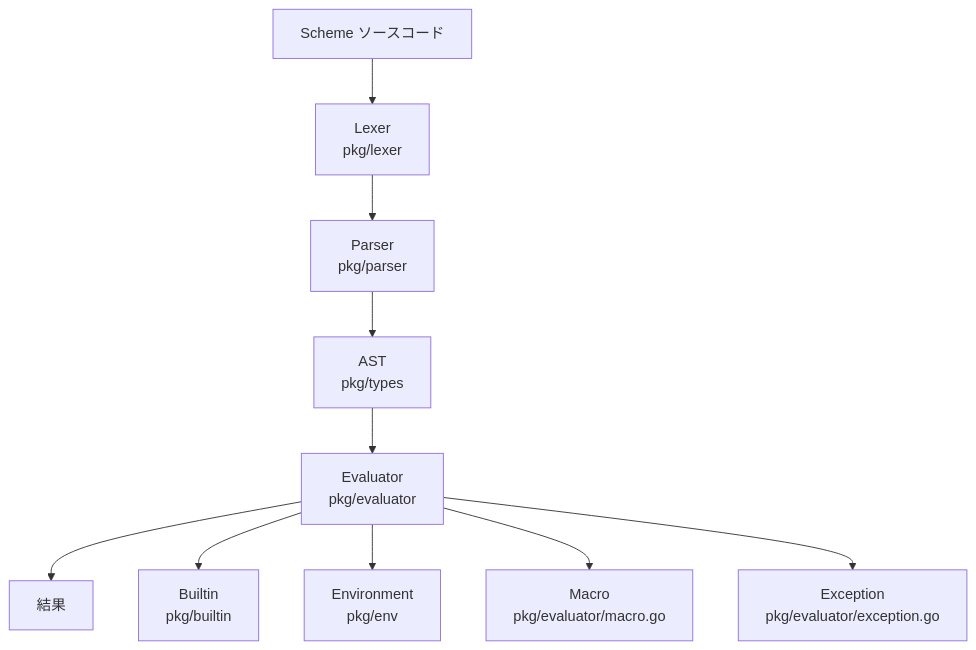
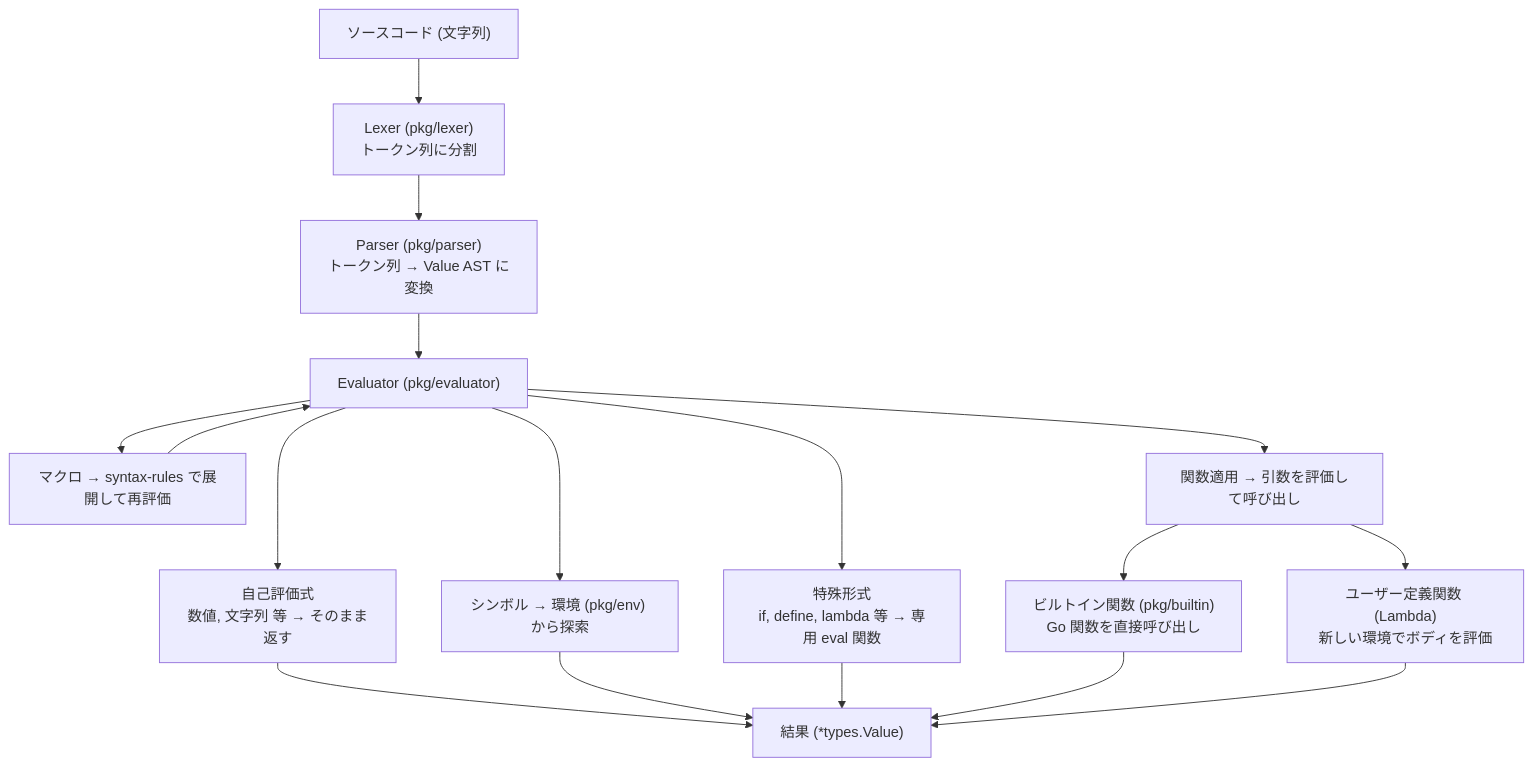
One commit to suchi/sucheme-go changed the second of 2 diagrams in docs/onboarding.md. Above: the diagram before and after it, drawn with Mermaid. The commit also changed other lines of this file and 1 other file, not shown here.

````diff
--- a/docs/onboarding.md
+++ b/docs/onboarding.md
@@ -7,12 +215,19 @@
 ```mermaid
 flowchart TD
-    A[Scheme ソースコード] --> B[Lexer<br/>pkg/lexer]
-    B --> C[Parser<br/>pkg/parser]
-    C --> D[AST<br/>pkg/types]
-    D --> E[Evaluator<br/>pkg/evaluator]
-    E --> F[結果]
-    E --> G[Builtin<br/>pkg/builtin]
-    E --> H[Environment<br/>pkg/env]
-    E --> I[Macro<br/>pkg/evaluator/macro.go]
-    E --> J[Exception<br/>pkg/evaluator/exception.go]
+    Source["ソースコード (文字列)"] --> Lexer["Lexer (pkg/lexer)<br/>トークン列に分割"]
+    Lexer --> Parser["Parser (pkg/parser)<br/>トークン列 → Value AST に変換"]
+    Parser --> Eval["Evaluator (pkg/evaluator)"]
+    Eval --> SelfEval["自己評価式<br/>数値, 文字列 等 → そのまま返す"]
+    Eval --> Symbol["シンボル → 環境 (pkg/env) から探索"]
+    Eval --> Special["特殊形式<br/>if, define, lambda 等 → 専用 eval 関数"]
+    Eval --> Macro["マクロ → syntax-rules で展開して再評価"]
+    Eval --> Apply["関数適用 → 引数を評価して呼び出し"]
+    Apply --> Builtin["ビルトイン関数 (pkg/builtin)<br/>Go 関数を直接呼び出し"]
+    Apply --> Lambda["ユーザー定義関数 (Lambda)<br/>新しい環境でボディを評価"]
+    SelfEval --> Result["結果 (*types.Value)"]
+    Symbol --> Result
+    Special --> Result
+    Macro --> Eval
+    Builtin --> Result
+    Lambda --> Result
 ```
````
